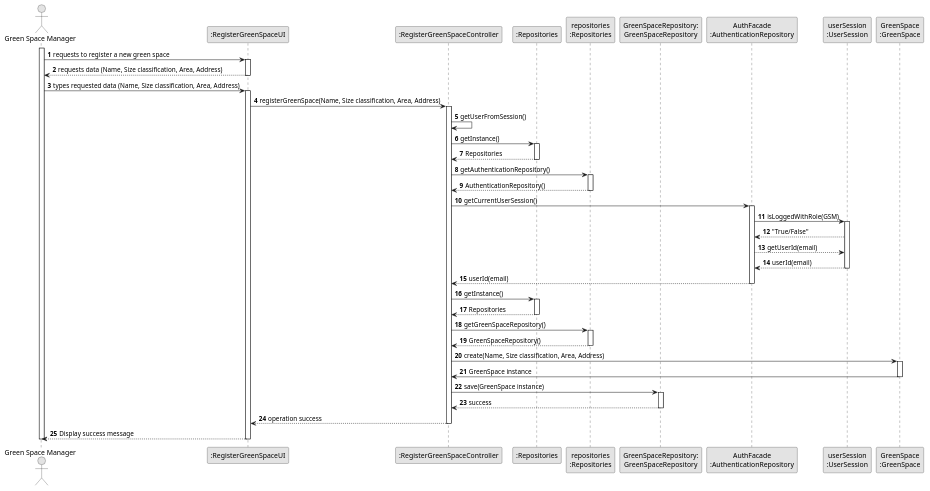
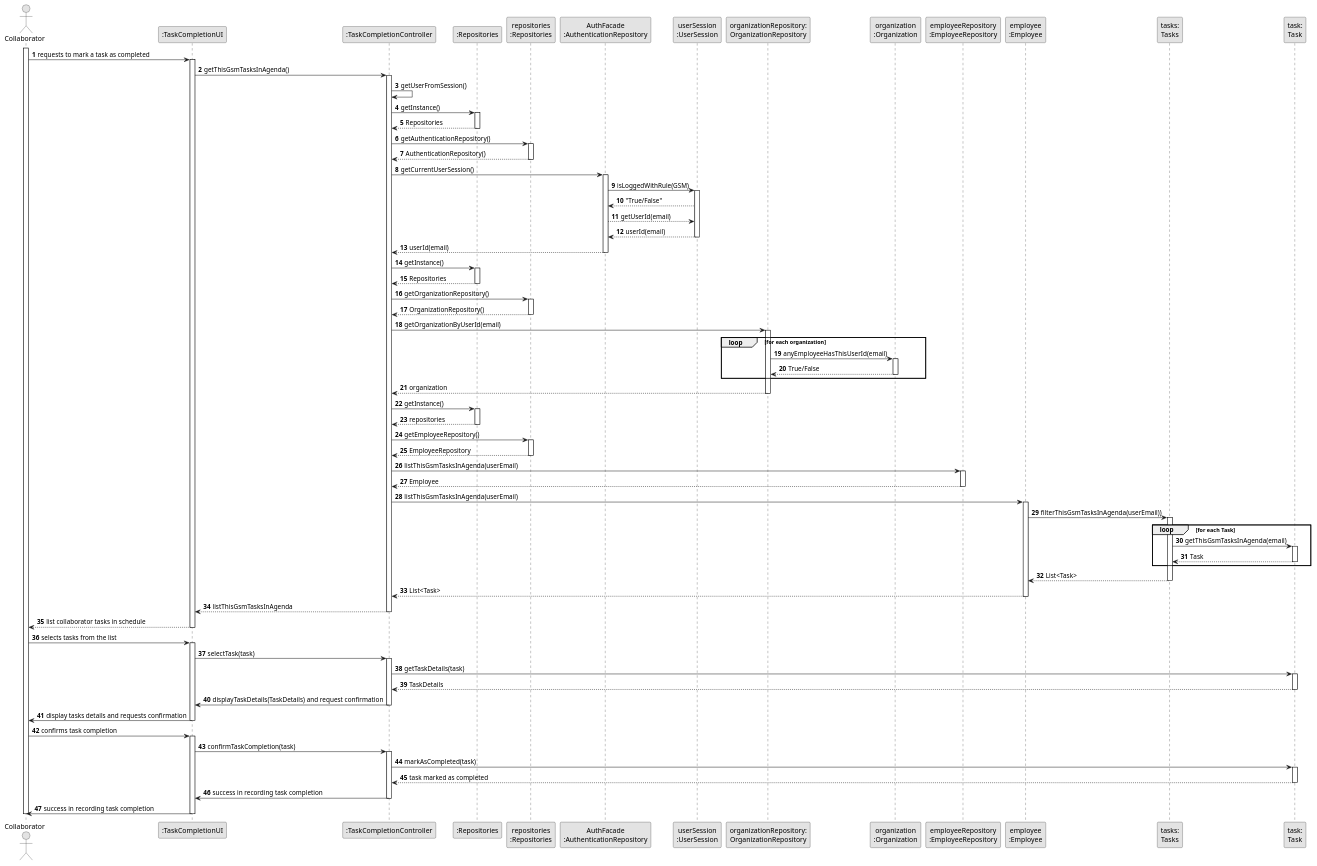
Before and after one commit to Mendoncaa/LAPR2: the diagram in docs/sprintC/US029/03.design/puml/us029-sequence-diagram.puml, drawn with PlantUML. The commit also changed other lines of this file and 13 other files, not shown here.

Commit message:
Code of US28 and US29 updated; Sequence Diagram and Class Diagram Updates(US28 and US29)

```diff
--- a/docs/sprintC/US029/03.design/puml/us029-sequence-diagram.puml
+++ b/docs/sprintC/US029/03.design/puml/us029-sequence-diagram.puml
@@ -1,90 +1,141 @@
 @startuml
 skinparam monochrome true
 skinparam packageStyle rectangle
 skinparam shadowing false
 
 autonumber
 
-actor "Green Space Manager" as GSM
-participant ":RegisterGreenSpaceUI" as UI
-participant ":RegisterGreenSpaceController" as CTRL
+'hide footbox
+actor "Collaborator" as ADM
+participant ":TaskCompletionUI" as UI
+participant ":TaskCompletionController" as CTRL
 participant ":Repositories" as RepositorySingleton
 participant "repositories\n:Repositories" as PLAT
-participant "GreenSpaceRepository:\nGreenSpaceRepository" as GSR
 participant "AuthFacade\n:AuthenticationRepository" as AUTHREP
 participant "userSession\n:UserSession" as USER
-participant "GreenSpace\n:GreenSpace" as GS
+participant "organizationRepository:\nOrganizationRepository" as OrganizationRepository
+participant "organization\n:Organization" as ORG
+participant "employeeRepository\n:EmployeeRepository" as EMPREP
+participant "employee\n:Employee" as EMP
+participant "tasks:\nTasks" as TASKS
+participant "task:\nTask" as TASK
 
-activate GSM
 
-        GSM -> UI : requests to register a new green space
-        activate UI
+activate ADM
 
-        UI --> GSM : requests data (Name, Size classification, Area, Address)
-    deactivate UI
-
-    GSM -> UI : types requested data (Name, Size classification, Area, Address)
+ADM -> UI : requests to mark a task as completed
     activate UI
 
-    UI -> CTRL : registerGreenSpace(Name, Size classification, Area, Address)
+UI -> CTRL : getThisGsmTasksInAgenda()
     activate CTRL
-
-        CTRL -> CTRL : getUserFromSession()
-
+CTRL -> CTRL : getUserFromSession()
         CTRL -> RepositorySingleton : getInstance()
         activate RepositorySingleton
         CTRL <-- RepositorySingleton : Repositories
         deactivate RepositorySingleton
-
         CTRL -> PLAT : getAuthenticationRepository()
         activate PLAT
         CTRL <-- PLAT : AuthenticationRepository()
         deactivate PLAT
-
         CTRL -> AUTHREP : getCurrentUserSession()
         activate AUTHREP
-
-        AUTHREP -> USER : isLoggedWithRole(GSM)
-        activate USER
-
-        AUTHREP <-- USER : "True/False"
-        AUTHREP --> USER : getUserId(email)
-        AUTHREP <-- USER : userId(email)
-        deactivate USER
-
+            AUTHREP -> USER : isLoggedWithRule(GSM)
+            activate USER
+            AUTHREP <-- USER : "True/False"
+            AUTHREP --> USER : getUserId(email)
+            AUTHREP <-- USER : userId(email)
+            deactivate USER
         CTRL <-- AUTHREP : userId(email)
         deactivate AUTHREP
 
         CTRL -> RepositorySingleton : getInstance()
         activate RepositorySingleton
         CTRL <-- RepositorySingleton : Repositories
         deactivate RepositorySingleton
-
-        CTRL -> PLAT : getGreenSpaceRepository()
+        CTRL -> PLAT : getOrganizationRepository()
         activate PLAT
-        CTRL <-- PLAT : GreenSpaceRepository()
+        CTRL <-- PLAT : OrganizationRepository()
         deactivate PLAT
+        CTRL -> OrganizationRepository :getOrganizationByUserId(email)
+        activate OrganizationRepository
+            loop for each organization
+            OrganizationRepository -> ORG : anyEmployeeHasThisUserId(email)
+            activate ORG
+            OrganizationRepository <-- ORG : True/False
+            deactivate ORG
+            end loop
+        CTRL <-- OrganizationRepository : organization
+        deactivate OrganizationRepository
 
 
-       
-    
-        CTRL -> GS : create(Name, Size classification, Area, Address)
-        activate GS
-        GS -> CTRL : GreenSpace instance
-        deactivate GS
+        CTRL -> RepositorySingleton : getInstance()
+        activate RepositorySingleton
+        CTRL <-- RepositorySingleton : repositories
+        deactivate RepositorySingleton
 
-        CTRL -> GSR : save(GreenSpace instance)
-        activate GSR
-        GSR --> CTRL : success
-        deactivate GSR
+        CTRL -> PLAT : getEmployeeRepository()
+                activate PLAT
+                CTRL <-- PLAT : EmployeeRepository
+                deactivate PLAT
+                CTRL -> EMPREP : listThisGsmTasksInAgenda(userEmail)
+                activate EMPREP
+                CTRL <-- EMPREP : Employee
+                deactivate EMPREP
+                CTRL -> EMP : listThisGsmTasksInAgenda(userEmail)
+                activate EMP
+                    EMP -> TASKS : filterThisGsmTasksInAgenda(userEmail))
+                    activate TASKS
+                        loop for each Task
+                                    TASKS -> TASK : getThisGsmTasksInAgenda(email)
+                                    activate TASK
+                                    TASKS <-- TASK : Task
+                                    deactivate TASK
+                                    end loop
+                    EMP<-- TASKS : List<Task>
+                    deactivate TASKS
+                CTRL <-- EMP : List<Task>
+                deactivate EMP
+            UI <-- CTRL : listThisGsmTasksInAgenda
+            deactivate CTRL
+        ADM <-- UI : list collaborator tasks in schedule
+        deactivate UI
 
-        CTRL --> UI : operation success
-        
-    deactivate CTRL
+ADM -> UI : selects tasks from the list
+activate UI
 
-    UI --> GSM : Display success message
-    deactivate UI
+UI -> CTRL: selectTask(task)
+activate CTRL
 
-deactivate GSM
+CTRL -> TASK: getTaskDetails(task)
+activate TASK
+
+TASK --> CTRL: TaskDetails
+deactivate TASK
+
+CTRL -> UI: displayTaskDetails(TaskDetails) and request confirmation
+deactivate CTRL
+
+UI -> ADM: display tasks details and requests confirmation
+deactivate UI
+
+ADM -> UI: confirms task completion
+activate UI
+
+UI -> CTRL: confirmTaskCompletion(task)
+activate CTRL
+
+CTRL -> TASK: markAsCompleted(task)
+activate TASK
+
+TASK --> CTRL: task marked as completed
+deactivate TASK
+
+CTRL -> UI: success in recording task completion
+deactivate CTRL
+
+UI -> ADM: success in recording task completion
+deactivate UI
+
+deactivate ADM
 
 @enduml
```
